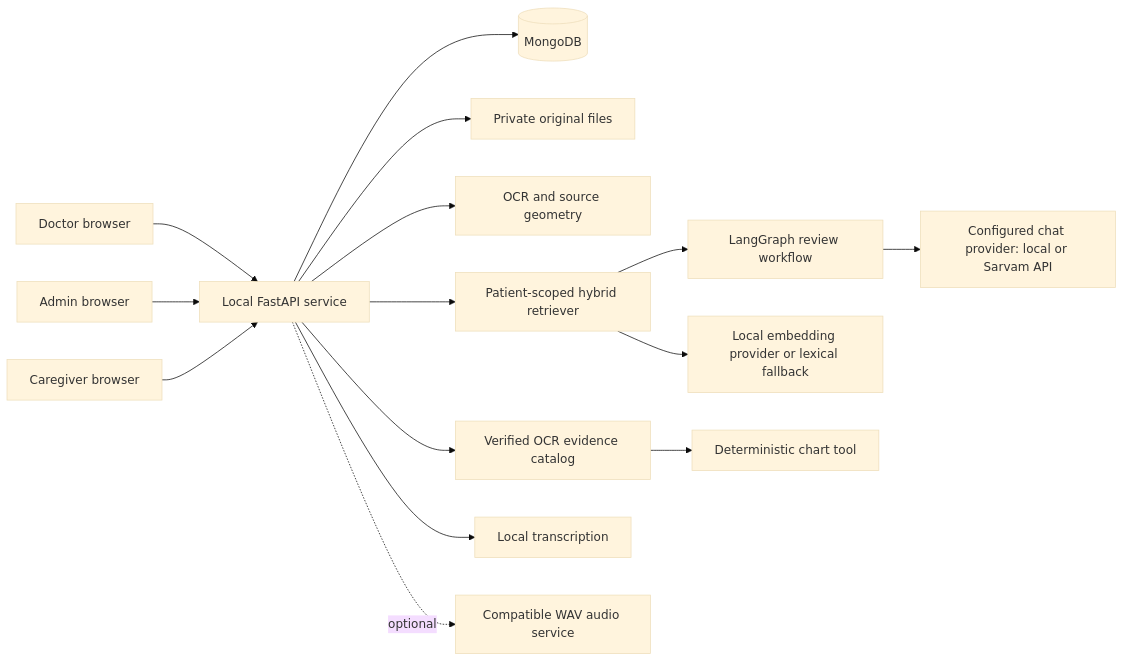
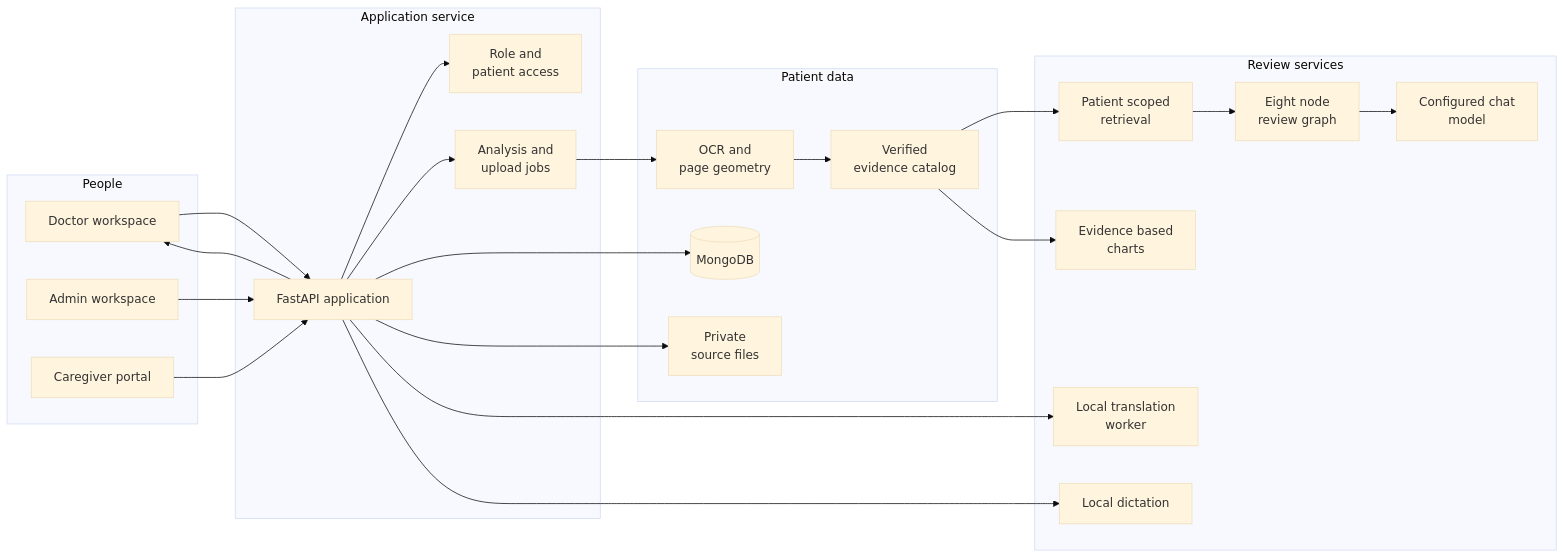
Before and after one commit to beast27000/PrepPulse: the diagram in README.md, drawn with Mermaid (base theme). The commit also changed other lines of this file and 8 other files, not shown here.

````diff
--- a/README.md
+++ b/README.md
@@ -97,17 +35,47 @@
 ```mermaid
 flowchart LR
-    D[Doctor browser] --> API[Local FastAPI service]
-    A[Admin browser] --> API
-    C[Caregiver browser] --> API
-    API --> DB[(MongoDB)]
-    API --> FILES[Private original files]
-    API --> OCR[OCR and source geometry]
-    API --> CAT[Verified OCR evidence catalog]
-    API --> RAG[Patient-scoped hybrid retriever]
-    RAG --> AGENTS[LangGraph review workflow]
-    AGENTS --> LLM[Configured chat provider: local or Sarvam API]
-    RAG --> EMB[Local embedding provider or lexical fallback]
-    CAT --> CHART[Deterministic chart tool]
-    API --> STT[Local transcription]
-    API -. optional .-> TTS[Compatible WAV audio service]
+    subgraph People
+        DOC[Doctor workspace]
+        ADM[Admin workspace]
+        CG[Caregiver portal]
+    end
+
+    subgraph Application service
+        API[FastAPI application]
+        AUTH[Role and<br/>patient access]
+        JOBS[Analysis and<br/>upload jobs]
+    end
+
+    subgraph Patient data
+        DB[(MongoDB)]
+        FILES[Private<br/>source files]
+        OCR[OCR and<br/>page geometry]
+        CATALOG[Verified<br/>evidence catalog]
+    end
+
+    subgraph Review services
+        RAG[Patient scoped<br/>retrieval]
+        GRAPH[Eight node<br/>review graph]
+        MODEL[Configured chat<br/>model]
+        CHART[Evidence based<br/>charts]
+        LANG[Local translation<br/>worker]
+        VOICE[Local dictation]
+    end
+
+    DOC --> API
+    ADM --> API
+    CG --> API
+    API --> AUTH
+    API --> JOBS
+    API --> DB
+    API --> FILES
+    JOBS --> OCR
+    OCR --> CATALOG
+    CATALOG --> RAG
+    RAG --> GRAPH
+    GRAPH --> MODEL
+    CATALOG --> CHART
+    API --> LANG
+    API --> VOICE
+    API --> DOC
 ```
````
